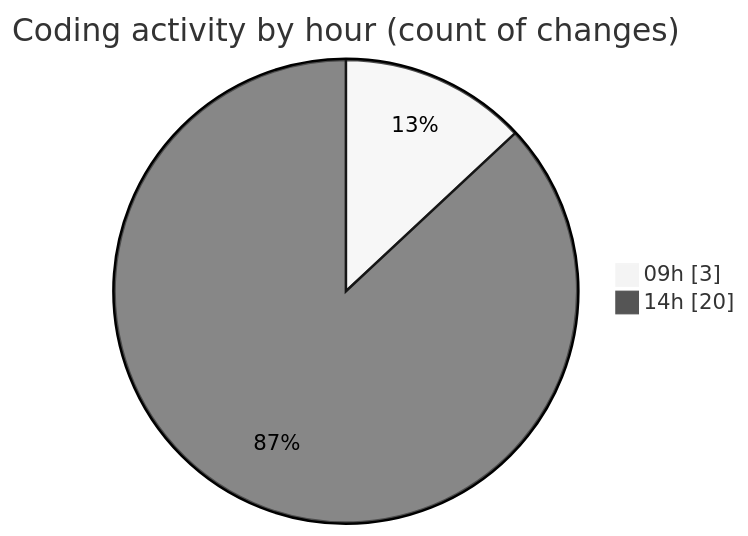
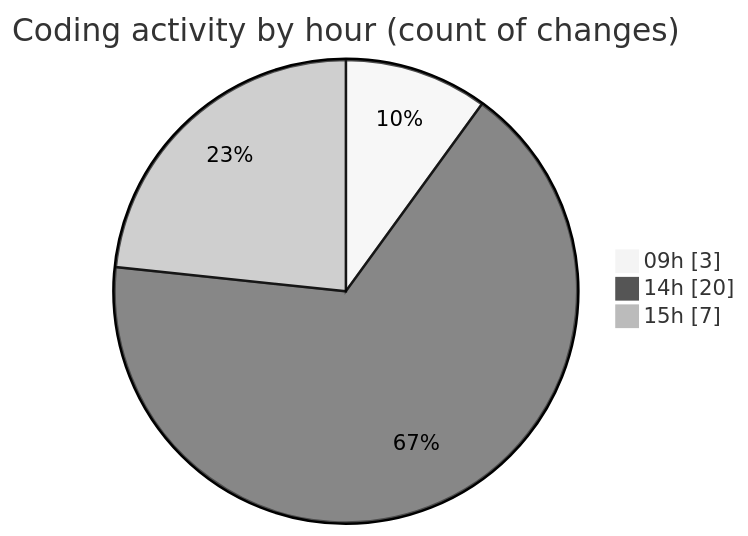
Before and after one commit to julien-gomy/code-tracking: the second of 2 diagrams in 2025-10-14/eventscop-frontend-guide__workspace_/README.md, drawn with Mermaid (neutral theme). The commit also changed other lines of this file and 1 other file, not shown here.

````diff
--- a/2025-10-14/eventscop-frontend-guide__workspace_/README.md
+++ b/2025-10-14/eventscop-frontend-guide__workspace_/README.md
@@ -34,6 +36,7 @@
 ```mermaid
 pie showData
 title Coding activity by hour (count of changes)
 "09h" : 3
 "14h" : 20
+"15h" : 7
 ```
````
